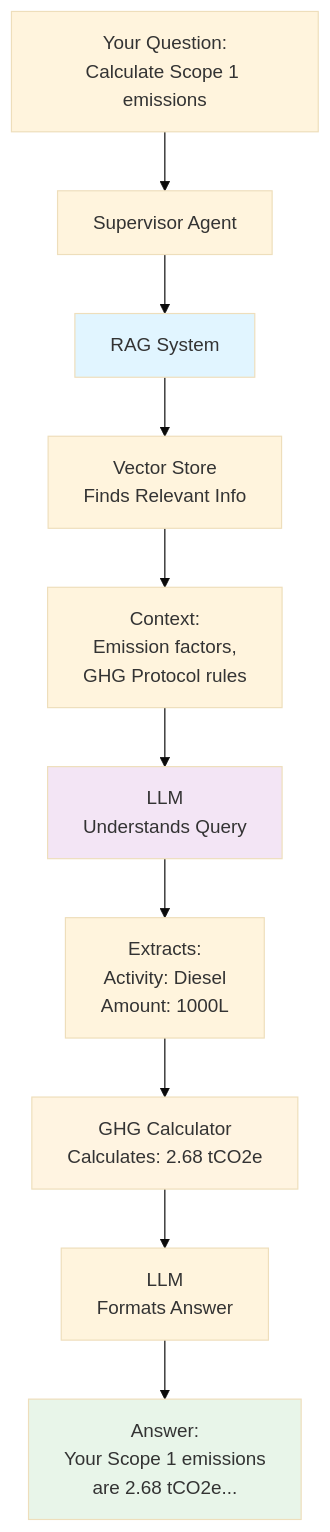
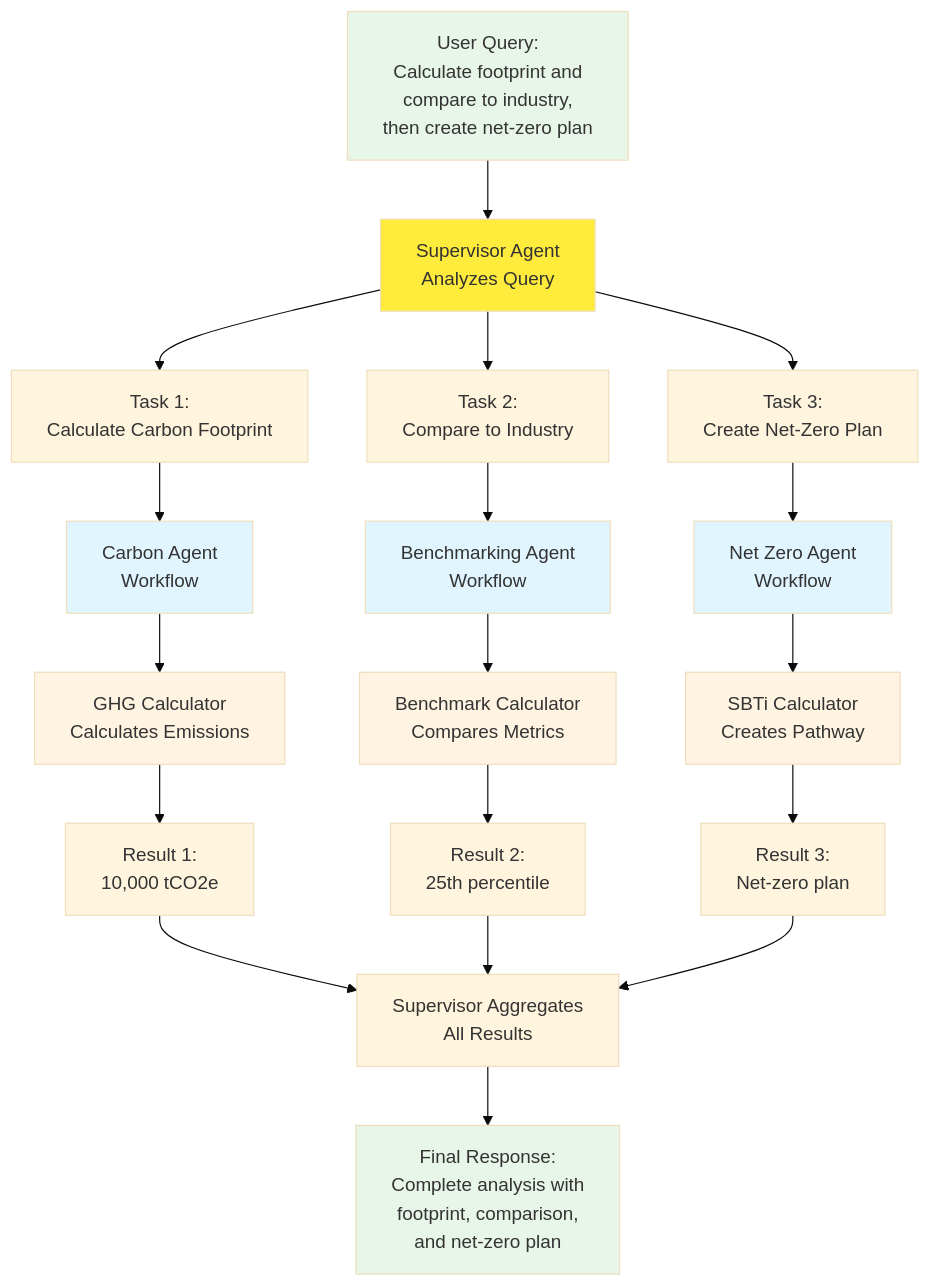
One commit to VaibhavYadavAntino/Fitsol changed the fifth of 6 diagrams in AGENTS.md. Above: the diagram before and after it, drawn with Mermaid (base theme). The commit also changed other lines of this file, not shown here.

````diff
--- a/AGENTS.md
+++ b/AGENTS.md
@@ -382,21 +304,36 @@
 ```mermaid
-graph TB
-    QUERY[Your Question:<br/>Calculate Scope 1 emissions] --> SUPERVISOR[Supervisor Agent]
+flowchart TB
+    USER[User Query:<br/>Calculate footprint and<br/>compare to industry,<br/>then create net-zero plan] --> SUPERVISOR[Supervisor Agent<br/>Analyzes Query]
     
-    SUPERVISOR --> RAG[RAG System]
-    RAG --> VECTOR[Vector Store<br/>Finds Relevant Info]
-    VECTOR --> CONTEXT[Context:<br/>Emission factors,<br/>GHG Protocol rules]
+    SUPERVISOR --> TASK1[Task 1:<br/>Calculate Carbon Footprint]
+    SUPERVISOR --> TASK2[Task 2:<br/>Compare to Industry]
+    SUPERVISOR --> TASK3[Task 3:<br/>Create Net-Zero Plan]
     
-    CONTEXT --> LLM[LLM<br/>Understands Query]
-    LLM --> EXTRACT[Extracts:<br/>Activity: Diesel<br/>Amount: 1000L]
+    TASK1 --> CARBON[Carbon Agent<br/>Workflow]
+    TASK2 --> BENCH[Benchmarking Agent<br/>Workflow]
+    TASK3 --> NETZERO[Net Zero Agent<br/>Workflow]
     
-    EXTRACT --> CALC[GHG Calculator<br/>Calculates: 2.68 tCO2e]
+    CARBON --> CARBON_CALC[GHG Calculator<br/>Calculates Emissions]
+    BENCH --> BENCH_CALC[Benchmark Calculator<br/>Compares Metrics]
+    NETZERO --> NETZERO_CALC[SBTi Calculator<br/>Creates Pathway]
     
-    CALC --> LLM2[LLM<br/>Formats Answer]
-    LLM2 --> ANSWER[Answer:<br/>Your Scope 1 emissions<br/>are 2.68 tCO2e...]
+    CARBON_CALC --> RESULT1[Result 1:<br/>10,000 tCO2e]
+    BENCH_CALC --> RESULT2[Result 2:<br/>25th percentile]
+    NETZERO_CALC --> RESULT3[Result 3:<br/>Net-zero plan]
     
-    style RAG fill:#e1f5ff
-    style LLM fill:#f3e5f5
-    style CALC fill:#fff4e1
-    style ANSWER fill:#e8f5e9
+    RESULT1 --> AGGREGATE[Supervisor Aggregates<br/>All Results]
+    RESULT2 --> AGGREGATE
+    RESULT3 --> AGGREGATE
+    
+    AGGREGATE --> FINAL[Final Response:<br/>Complete analysis with<br/>footprint, comparison,<br/>and net-zero plan]
+    
+    style USER fill:#e8f5e9
+    style SUPERVISOR fill:#ffeb3b
+    style CARBON fill:#e1f5ff
+    style BENCH fill:#e1f5ff
+    style NETZERO fill:#e1f5ff
+    style CARBON_CALC fill:#fff4e1
+    style BENCH_CALC fill:#fff4e1
+    style NETZERO_CALC fill:#fff4e1
+    style FINAL fill:#e8f5e9
 ```
````
